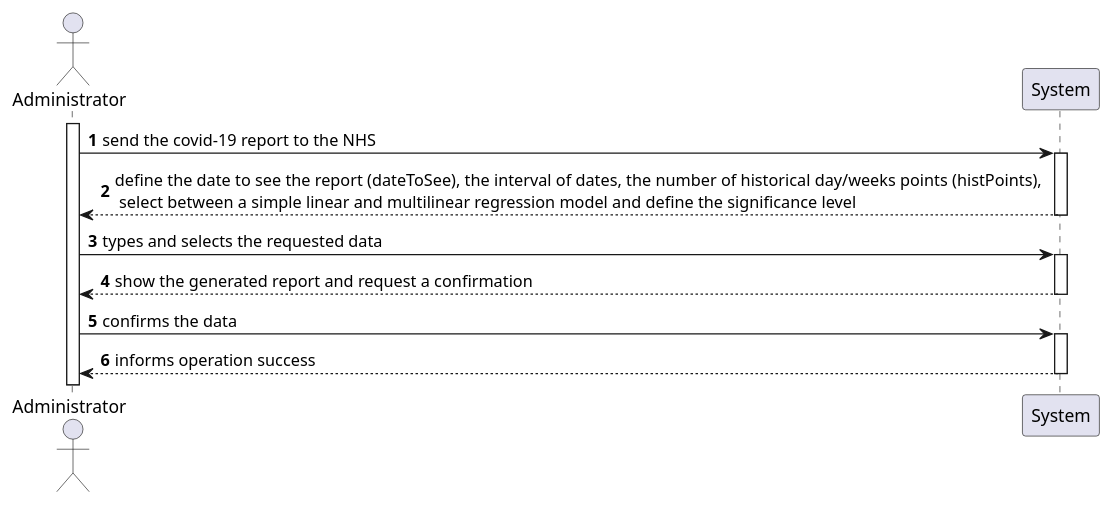
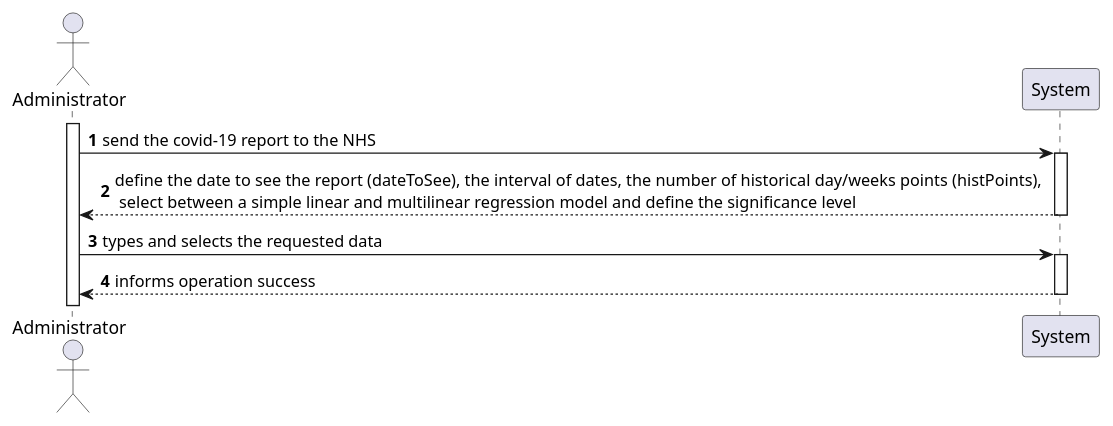
Before and after one commit to 0franciscor/lei-21-s2-1de-g19: the diagram in docs/SprintD/US18/US18-SSD.puml, drawn with PlantUML. The commit also changed 4 other files, not shown here.

```diff
--- a/docs/SprintD/US18/US18-SSD.puml
+++ b/docs/SprintD/US18/US18-SSD.puml
@@ -1,15 +1,13 @@
 @startuml
 'https://plantuml.com/sequence-diagram
 
 autonumber
 
 actor "Administrator" as A
 activate A
 A -> System ++: send the covid-19 report to the NHS
 System -->  A --: define the date to see the report (dateToSee), the interval of dates, the number of historical day/weeks points (histPoints), \n select between a simple linear and multilinear regression model and define the significance level
 A -> System ++: types and selects the requested data
-System -->  A --: show the generated report and request a confirmation
-A -> System ++: confirms the data
-System --> A --: informs operation success
+System -->  A --: informs operation success
 
 @enduml
```
